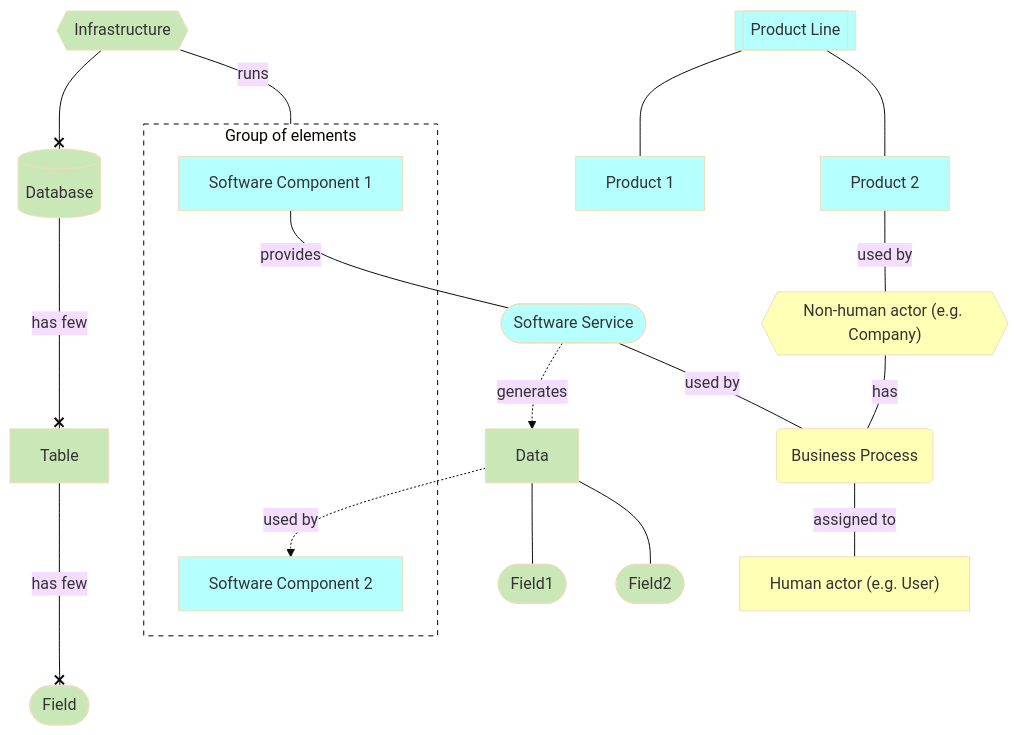
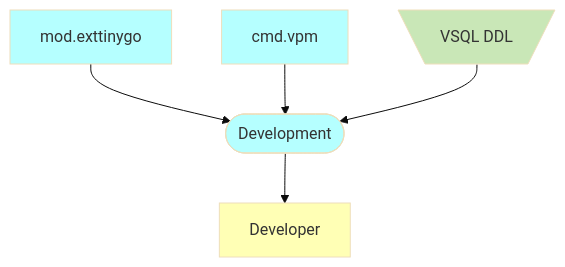
Before and after one commit to voedger/voedger: the first of 14 diagrams in design/README.md, drawn with Mermaid (base theme). The commit also changed other lines of this file and 3 other files, not shown here.

````diff
--- a/design/README.md
+++ b/design/README.md
@@ -15,58 +18,27 @@
 ```mermaid
-graph TD
+  graph TD
 
-  %% Entities =================================
+  %% Entities ====================
 
-  Infrastructure{{Infrastructure}}:::H
-  Database[(Database)]:::H
-  Table:::H
-  Field([Field]):::H
-  Data:::H
-  DataField1([Field1]):::H
-  DataField2([Field2]):::H
+  Developer[Developer]:::B
 
-  ProductLine[[Product Line]]:::S
-    ProductLine --- Product1[Product 1]:::S
-    ProductLine --- Product2[Product 2]:::S
+  vsqlddl[\VSQL DDL/]:::H  
+  mod.exttinygo:::S
+  cmd.vpm:::S
 
-  SoftwareComponents:::G
-  subgraph SoftwareComponents[Group of elements]
-    SoftwareComponent[Software Component 1]:::S
-    SoftwareComponent2[Software Component 2]:::S
-  end
+  Development([Development]):::S
+
   
-  SoftwareService([Software Service]):::S  
-  
-  User["Human actor (e.g. User)"]:::B
-  Company{{"Non-human actor (e.g. Company)"}}:::B
-  BusinessProcess(Business Process):::B
+  %% Relations ====================
+
+  mod.exttinygo --> Development
+  cmd.vpm --> Development
+  Development --> Developer
+  vsqlddl --> Development
 
 
-  %% Relations =================================
-
-  Infrastructure ---|runs| SoftwareComponents
-
-  SoftwareComponent --- |provides| SoftwareService
-
-  Infrastructure --x Database
-  Database ---x|has few| Table
-  Table ---x|has few| Field
-
-  SoftwareService -.->|generates| Data
-
-  SoftwareService --- |used by| BusinessProcess
-  BusinessProcess --- |assigned to| User
-
-  Data -.->|used by| SoftwareComponent2
-
-  Data --- DataField1
-  Data --- DataField2
-
-  Product2 --- |used by| Company
-  Company --- |has| BusinessProcess
-
-  classDef G fill:#FFFFFF,stroke:#000000, stroke-width:1px, stroke-dasharray: 5 5
-  classDef B fill:#FFFFB5,color:#333
+  classDef B fill:#FFFFB5
   classDef S fill:#B5FFFF
   classDef H fill:#C9E7B7
+  classDef G fill:#FFFFFF,stroke:#000000, stroke-width:1px, stroke-dasharray: 5 5
 ```
````
